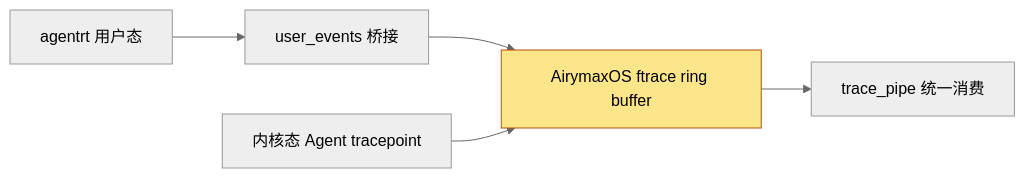
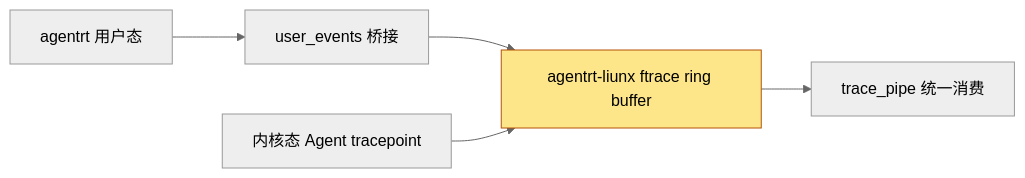
The fourth of 4 diagrams in AirymaxAgentOS/90-observability/01-ftrace-framework.md (openairymax/docs), drawn with Mermaid (neutral theme) before and after one commit. The commit also changed other lines of this file and 99 other files, not shown here.

````diff
--- a/AirymaxAgentOS/90-observability/01-ftrace-framework.md
+++ b/AirymaxAgentOS/90-observability/01-ftrace-framework.md
@@ -464,8 +464,8 @@
 ```mermaid
 graph LR
     A[agentrt 用户态] --> B[user_events 桥接]
-    B --> C[AirymaxOS ftrace ring buffer]
+    B --> C[agentrt-liunx ftrace ring buffer]
     D[内核态 Agent tracepoint] --> C
     C --> E[trace_pipe 统一消费]
     style C fill:#fde68a,stroke:#b45309
 ```
````
